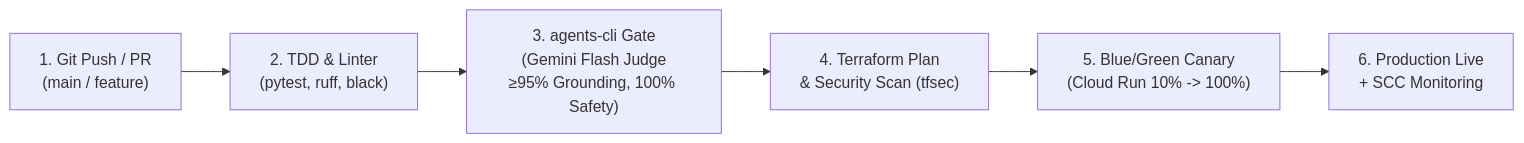
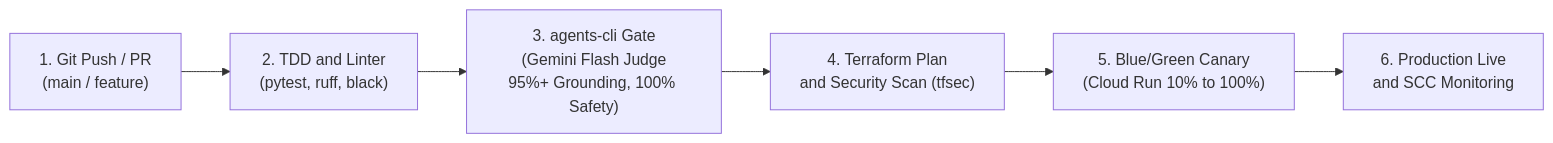
The fifth of 6 diagrams in sdd-so-elevated.md (hhosur81-gcloud/so-elevated), drawn with Mermaid before and after one commit. The commit also changed other lines of this file, not shown here.

Commit message:
fix(mermaid): quote edge labels and sanitize HTML entity tokens in flowchart diagrams

````diff
--- a/sdd-so-elevated.md
+++ b/sdd-so-elevated.md
@@ -710,8 +710,8 @@
 ```mermaid
 flowchart LR
-    GitPush["1. Git Push / PR<br>(main / feature)"] --> TDD["2. TDD & Linter<br>(pytest, ruff, black)"]
-    TDD --> EvalGate["3. agents-cli Gate<br>(Gemini Flash Judge<br>&ge;95% Grounding, 100% Safety)"]
-    EvalGate --> IaCScan["4. Terraform Plan<br>& Security Scan (tfsec)"]
-    IaCScan --> Canary["5. Blue/Green Canary<br>(Cloud Run 10% -> 100%)"]
-    Canary --> Live["6. Production Live<br>+ SCC Monitoring"]
+    GitPush["1. Git Push / PR<br>(main / feature)"] --> TDD["2. TDD and Linter<br>(pytest, ruff, black)"]
+    TDD --> EvalGate["3. agents-cli Gate<br>(Gemini Flash Judge<br>95%+ Grounding, 100% Safety)"]
+    EvalGate --> IaCScan["4. Terraform Plan<br>and Security Scan (tfsec)"]
+    IaCScan --> Canary["5. Blue/Green Canary<br>(Cloud Run 10% to 100%)"]
+    Canary --> Live["6. Production Live<br>and SCC Monitoring"]
 ```
````
